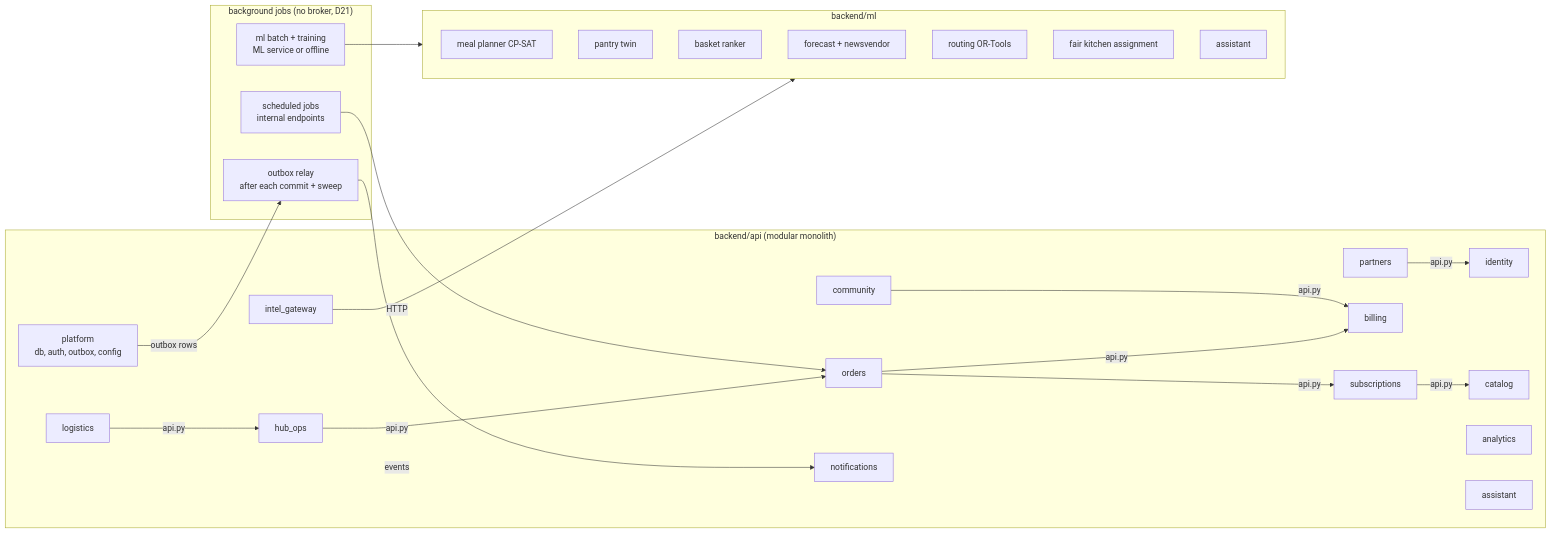
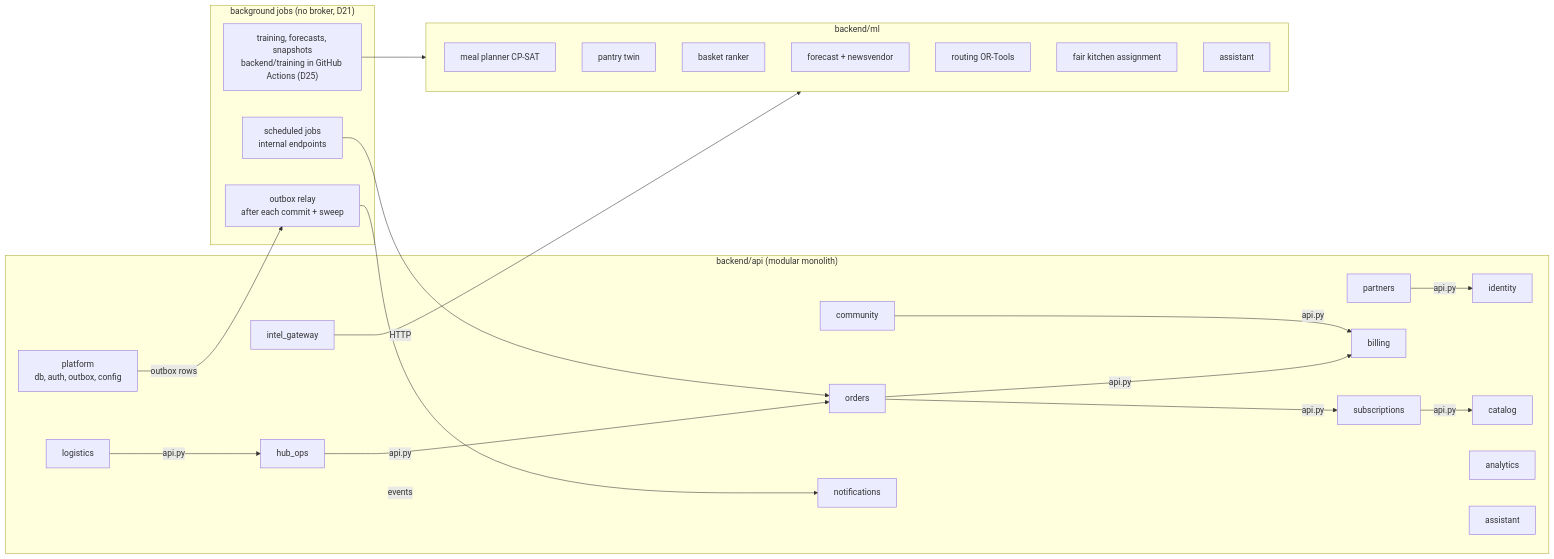
The third of 5 diagrams in docs/handbook/04-system-architecture.md (prelekar7/GharBasket), drawn with Mermaid before and after one commit. The commit also changed other lines of this file and 16 other files, not shown here.

````diff
--- a/docs/handbook/04-system-architecture.md
+++ b/docs/handbook/04-system-architecture.md
@@ -93,45 +93,45 @@
 ```mermaid
 flowchart LR
   subgraph API["backend/api (modular monolith)"]
     PLAT["platform<br/>db, auth, outbox, config"]
     IDN["identity"]
     CAT["catalog"]
     SUB["subscriptions"]
     ORD["orders"]
     BIL["billing"]
     OPS["hub_ops"]
     LOG["logistics"]
     PAR["partners"]
     COM["community"]
     NOT["notifications"]
     IG["intel_gateway"]
     ANL["analytics"]
     AST2["assistant"]
   end
   subgraph MLS["backend/ml"]
     PLN["meal planner CP-SAT"]
     PTW["pantry twin"]
     RNK["basket ranker"]
     FCS["forecast + newsvendor"]
     RTE["routing OR-Tools"]
     ASG["fair kitchen assignment"]
     AST["assistant"]
   end
   subgraph WK["background jobs (no broker, D21)"]
     RELAY["outbox relay<br/>after each commit + sweep"]
     JOBS["scheduled jobs<br/>internal endpoints"]
-    MLJ["ml batch + training<br/>ML service or offline"]
+    MLJ["training, forecasts, snapshots<br/>backend/training in GitHub Actions (D25)"]
   end
   SUB -->|"api.py"| CAT
   ORD -->|"api.py"| SUB
   ORD -->|"api.py"| BIL
   OPS -->|"api.py"| ORD
   LOG -->|"api.py"| OPS
   PAR -->|"api.py"| IDN
   COM -->|"api.py"| BIL
   IG -->|HTTP| MLS
   PLAT -->|outbox rows| RELAY
   RELAY -->|events| NOT
   JOBS --> ORD
   MLJ --> MLS
 ```
````
